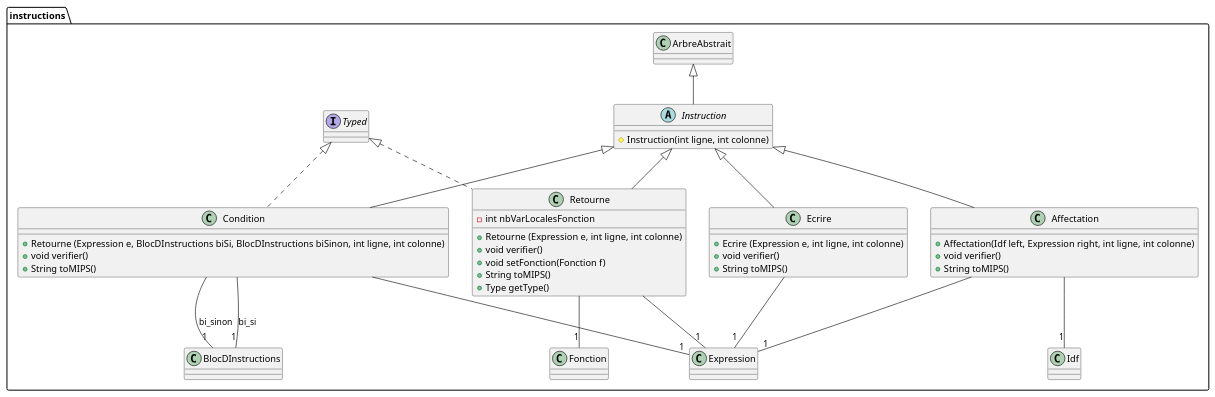
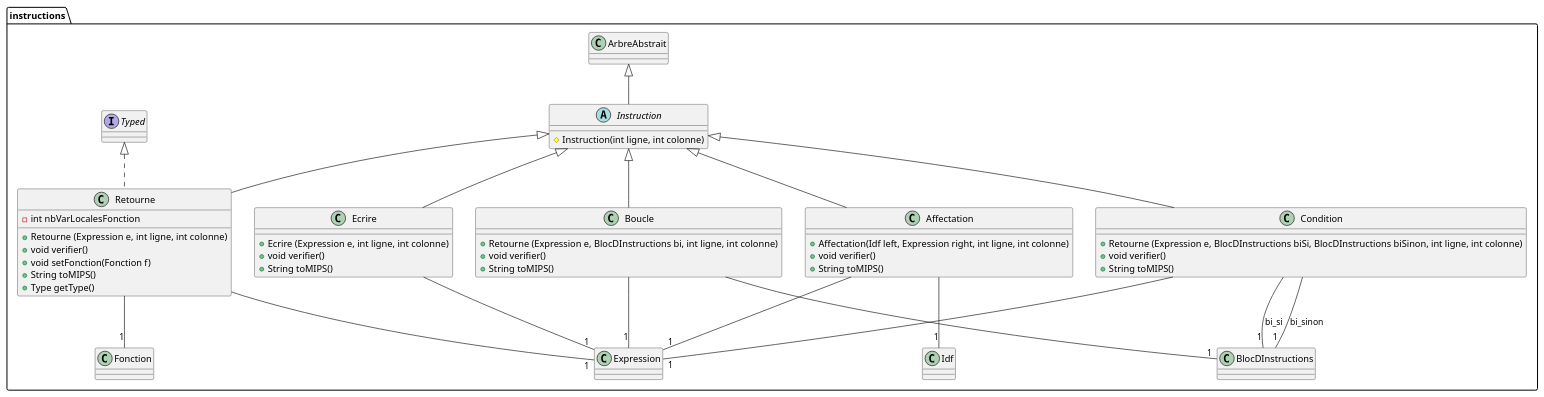
The diagram in src/Diagrammes/arbre.instructions.puml (wehddn/L3-Compilation-Projet), drawn with PlantUML before and after one commit. The commit also changed 2 other files, not shown here.

Commit message:
Ajout de Boucle - Diagramme - Grammaire - Class

```diff
--- a/src/Diagrammes/arbre.instructions.puml
+++ b/src/Diagrammes/arbre.instructions.puml
@@ -1,45 +1,54 @@
 @startuml
 package instructions {
 
 	class Affectation extends Instruction {
 		+ Affectation(Idf left, Expression right, int ligne, int colonne)
 		+ void verifier()
 		+ String toMIPS()
 	}
 
 	Affectation --"1" Idf
 	Affectation --"1" Expression
 
 	class Ecrire extends Instruction{
 		+ Ecrire (Expression e, int ligne, int colonne)
 		+ void verifier()
 		+ String toMIPS()
 	}
 	Ecrire --"1" Expression
 
 	abstract class Instruction extends ArbreAbstrait{
 		# Instruction(int ligne, int colonne)
 	}
 
 	class Retourne extends Instruction implements Typed{
 		- int nbVarLocalesFonction
 		+ Retourne (Expression e, int ligne, int colonne)
 		+ void verifier()
 		+ void setFonction(Fonction f)
 		+ String toMIPS()
 		+ Type getType()
 	}
 	Retourne --"1" Expression
 	Retourne --"1" Fonction
 
-	class Condition extends Instruction implements Typed{
+	class Condition extends Instruction{
 		+ Retourne (Expression e, BlocDInstructions biSi, BlocDInstructions biSinon, int ligne, int colonne)
 		+ void verifier()
 		+ String toMIPS()
 	}
 	Condition --"1" Expression
 	Condition --"1" BlocDInstructions : bi_si
 	Condition --"1" BlocDInstructions : bi_sinon
 
+	class Boucle extends Instruction{
+		+ Retourne (Expression e, BlocDInstructions bi, int ligne, int colonne)
+		+ void verifier()
+		+ String toMIPS()
+	}
+
+	Boucle --"1" Expression
+	Boucle --"1" BlocDInstructions
+
 }
 @enduml
```
